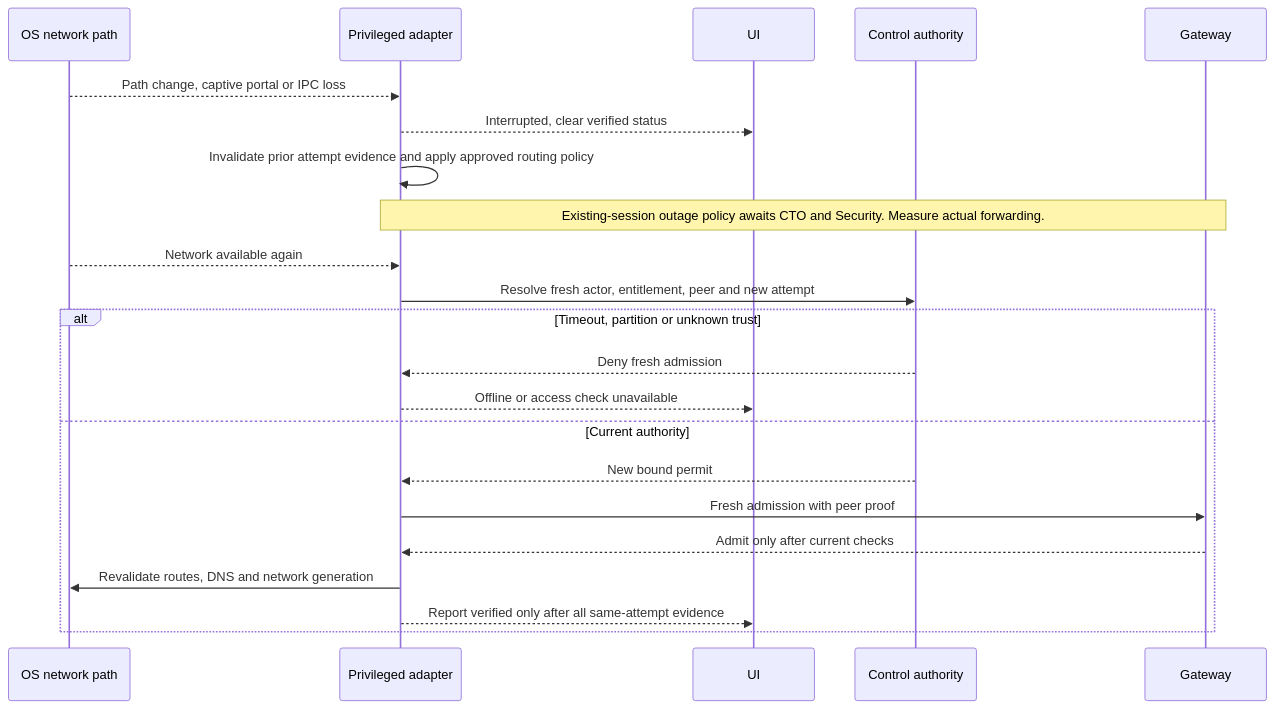
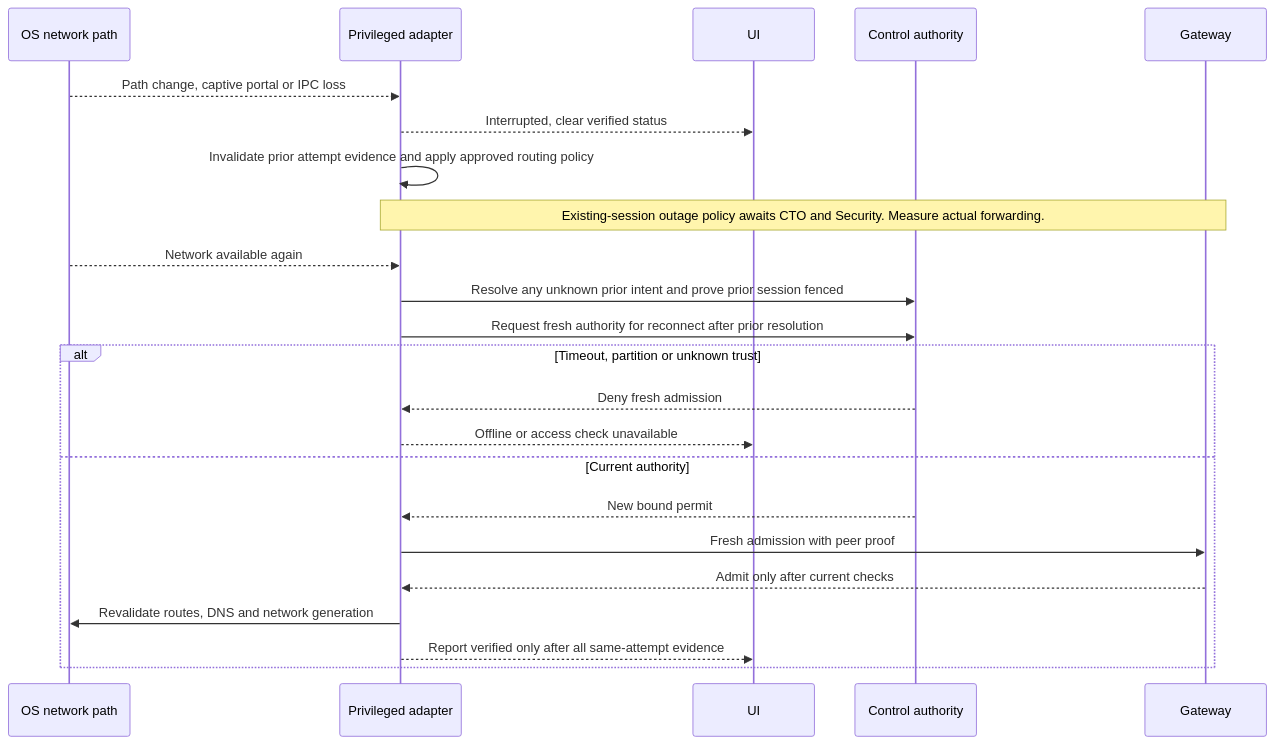
The seventh of 11 diagrams in docs/products/vpn/COMPONENTS.md (Dimash313/Wexum), drawn with Mermaid before and after one commit. The commit also changed other lines of this file and 4 other files, not shown here.

````diff
--- a/docs/products/vpn/COMPONENTS.md
+++ b/docs/products/vpn/COMPONENTS.md
@@ -198,24 +217,25 @@
 ```mermaid
 sequenceDiagram
   participant O as OS network path
   participant C as Privileged adapter
   participant U as UI
   participant A as Control authority
   participant G as Gateway
   O-->>C: Path change, captive portal or IPC loss
   C-->>U: Interrupted, clear verified status
   C->>C: Invalidate prior attempt evidence and apply approved routing policy
   Note over C,G: Existing-session outage policy awaits CTO and Security. Measure actual forwarding.
   O-->>C: Network available again
-  C->>A: Resolve fresh actor, entitlement, peer and new attempt
+  C->>A: Resolve any unknown prior intent and prove prior session fenced
+  C->>A: Request fresh authority for reconnect after prior resolution
   alt Timeout, partition or unknown trust
     A-->>C: Deny fresh admission
     C-->>U: Offline or access check unavailable
   else Current authority
     A-->>C: New bound permit
     C->>G: Fresh admission with peer proof
     G-->>C: Admit only after current checks
     C->>O: Revalidate routes, DNS and network generation
     C-->>U: Report verified only after all same-attempt evidence
   end
 ```
````
